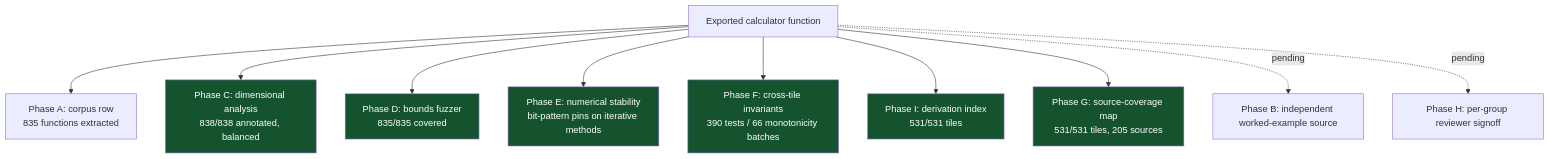
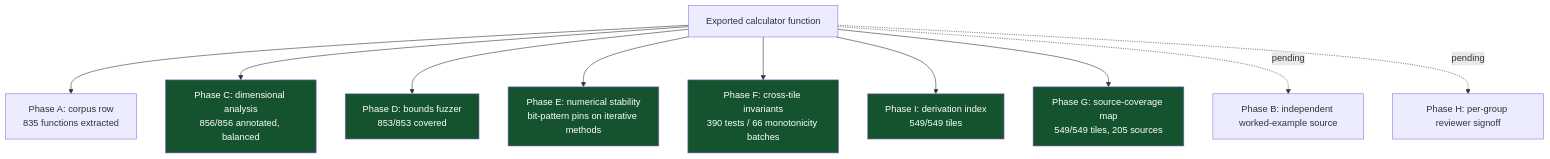
Before and after one commit to clay-good/roughlogic.com: the fourth of 6 diagrams in README.md, drawn with Mermaid. The commit also changed other lines of this file and 1 other file, not shown here.

````diff
--- a/README.md
+++ b/README.md
@@ -257,18 +260,18 @@
 ```mermaid
 flowchart TB
     F[Exported calculator function] --> A[Phase A: corpus row\n835 functions extracted]
-    F --> C[Phase C: dimensional analysis\n838/838 annotated, balanced]
-    F --> D[Phase D: bounds fuzzer\n835/835 covered]
+    F --> C[Phase C: dimensional analysis\n856/856 annotated, balanced]
+    F --> D[Phase D: bounds fuzzer\n853/853 covered]
     F --> E[Phase E: numerical stability\nbit-pattern pins on iterative methods]
     F --> Fa[Phase F: cross-tile invariants\n390 tests / 66 monotonicity batches]
-    F --> I[Phase I: derivation index\n531/531 tiles]
-    F --> G[Phase G: source-coverage map\n531/531 tiles, 205 sources]
+    F --> I[Phase I: derivation index\n549/549 tiles]
+    F --> G[Phase G: source-coverage map\n549/549 tiles, 205 sources]
     F -.pending.-> B[Phase B: independent worked-example source]
     F -.pending.-> H[Phase H: per-group reviewer signoff]
     style C fill:#14532d,color:#fff
     style D fill:#14532d,color:#fff
     style E fill:#14532d,color:#fff
     style Fa fill:#14532d,color:#fff
     style G fill:#14532d,color:#fff
     style I fill:#14532d,color:#fff
 ```
````
